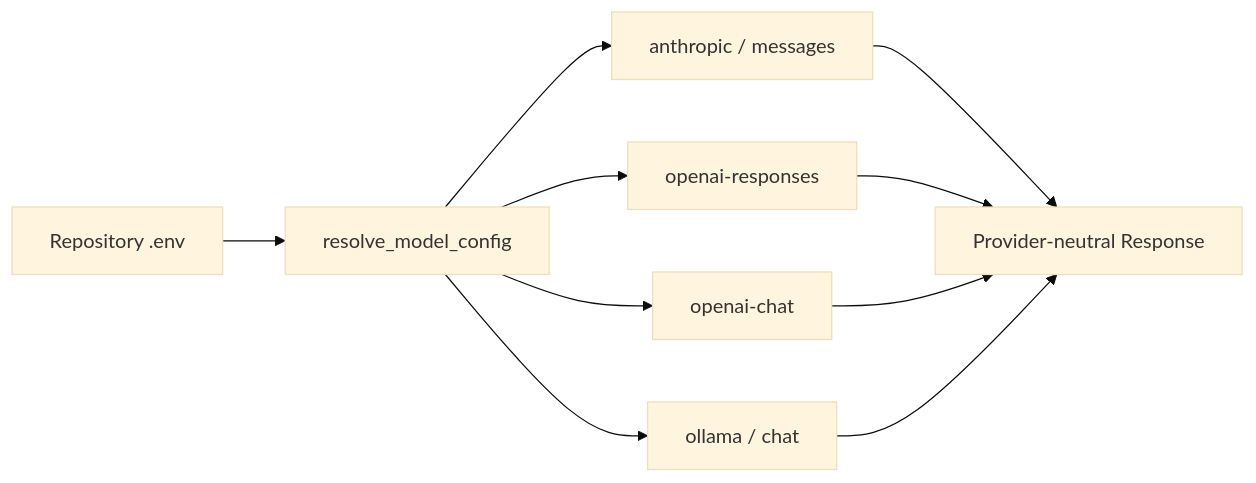
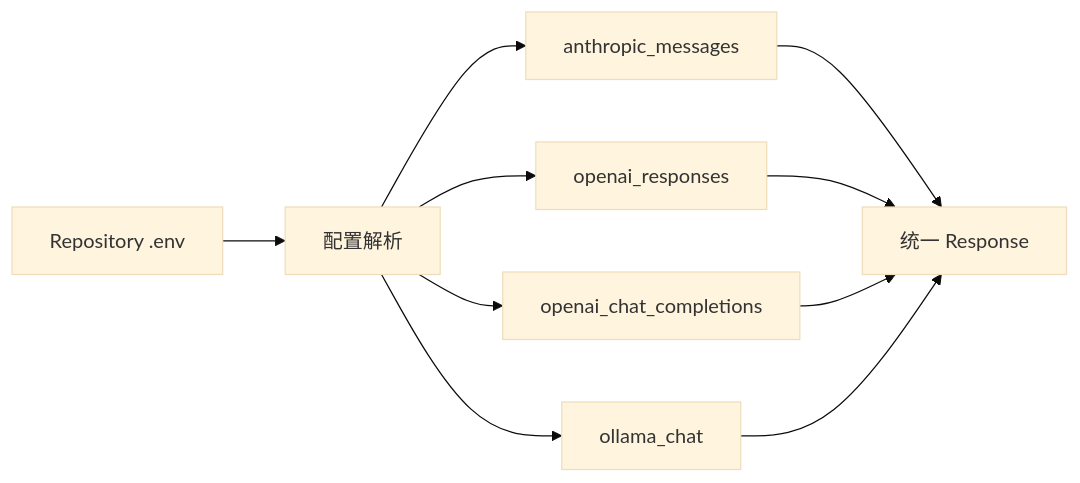
The fourth of 8 diagrams in README.md (xiawiie/pony-code), drawn with Mermaid (base theme) before and after one commit. The commit also changed other lines of this file and 1 other file, not shown here.

````diff
--- a/README.md
+++ b/README.md
@@ -281,12 +151,12 @@
 ```mermaid
 flowchart LR
-    E["Repository .env"] --> R["resolve_model_config"]
-    R --> A["anthropic / messages"]
-    R --> O1["openai-responses"]
-    R --> O2["openai-chat"]
-    R --> L["ollama / chat"]
-    A --> F["Provider-neutral Response"]
-    O1 --> F
-    O2 --> F
-    L --> F
+    ENV["Repository .env"] --> CFG["配置解析"]
+    CFG --> A["anthropic_messages"]
+    CFG --> R["openai_responses"]
+    CFG --> C["openai_chat_completions"]
+    CFG --> O["ollama_chat"]
+    A --> N["统一 Response"]
+    R --> N
+    C --> N
+    O --> N
 ```
````
